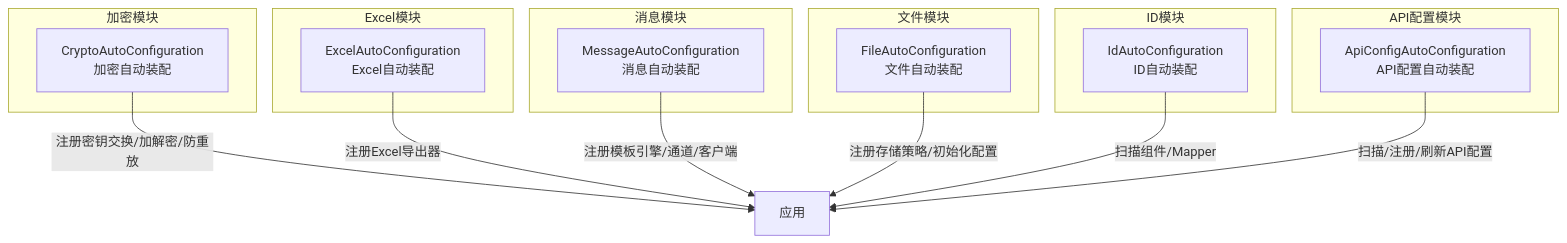
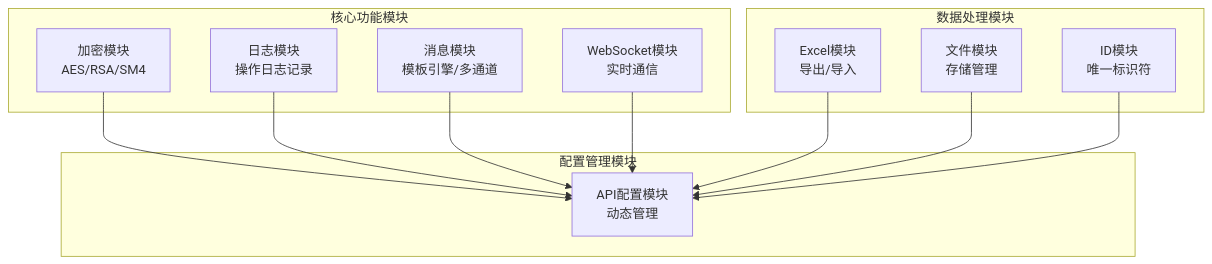
Before and after one commit to yaomindong1996/forge-admin: the first of 3 diagrams in .qoder/repowiki/zh/content/后端框架详解/专用功能模块/专用功能模块.md, drawn with Mermaid. The commit also changed other lines of this file and 76 other files, not shown here.

````diff
--- a/.qoder/repowiki/zh/content/后端框架详解/专用功能模块/专用功能模块.md
+++ b/.qoder/repowiki/zh/content/后端框架详解/专用功能模块/专用功能模块.md
@@ -31,27 +62,24 @@
 ```mermaid
 graph TB
-subgraph "加密模块"
-CAC["CryptoAutoConfiguration<br/>加密自动装配"]
+subgraph "核心功能模块"
+Crypto["加密模块<br/>AES/RSA/SM4"]
+Log["日志模块<br/>操作日志记录"]
+Message["消息模块<br/>模板引擎/多通道"]
+WS["WebSocket模块<br/>实时通信"]
 end
-subgraph "Excel模块"
-EAC["ExcelAutoConfiguration<br/>Excel自动装配"]
+subgraph "数据处理模块"
+Excel["Excel模块<br/>导出/导入"]
+File["文件模块<br/>存储管理"]
+ID["ID模块<br/>唯一标识符"]
 end
-subgraph "消息模块"
-MAC["MessageAutoConfiguration<br/>消息自动装配"]
+subgraph "配置管理模块"
+API["API配置模块<br/>动态管理"]
 end
-subgraph "文件模块"
-FAC["FileAutoConfiguration<br/>文件自动装配"]
-end
-subgraph "ID模块"
-IAC["IdAutoConfiguration<br/>ID自动装配"]
-end
-subgraph "API配置模块"
-AAC["ApiConfigAutoConfiguration<br/>API配置自动装配"]
-end
-CAC --> |"注册密钥交换/加解密/防重放"| 应用
-EAC --> |"注册Excel导出器"| 应用
-MAC --> |"注册模板引擎/通道/客户端"| 应用
-FAC --> |"注册存储策略/初始化配置"| 应用
-IAC --> |"扫描组件/Mapper"| 应用
-AAC --> |"扫描/注册/刷新API配置"| 应用
+Crypto --> API
+Log --> API
+Message --> API
+WS --> API
+Excel --> API
+File --> API
+ID --> API
 ```
````
